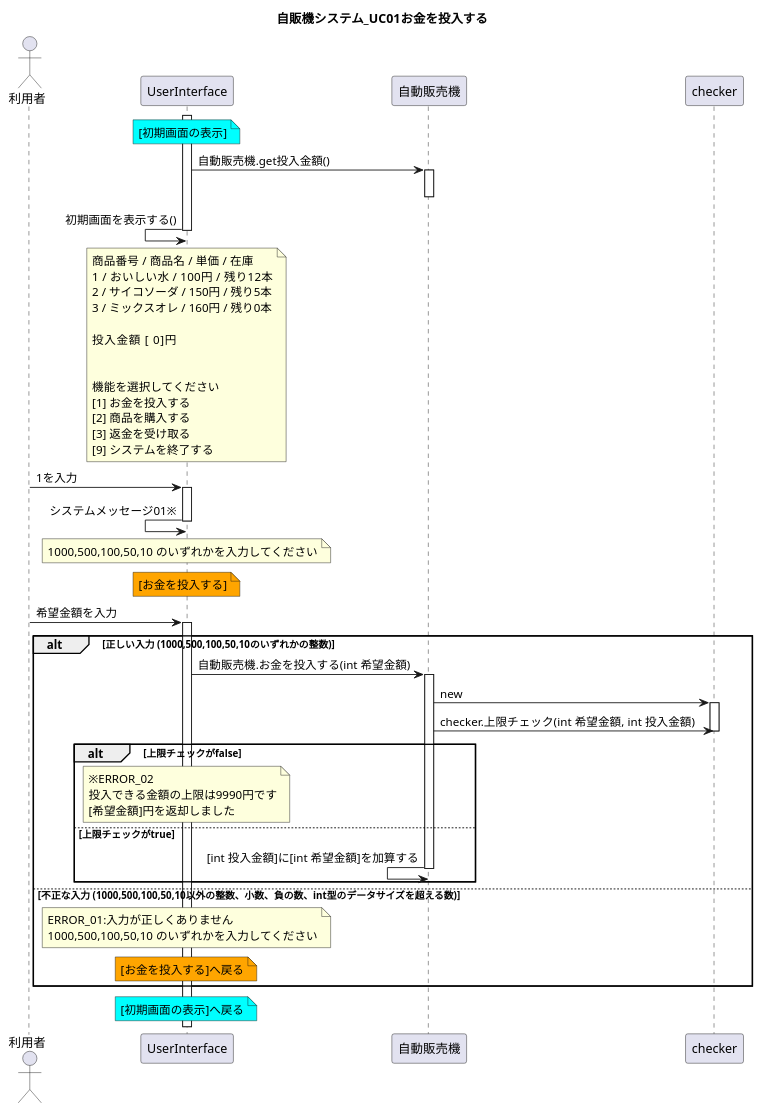
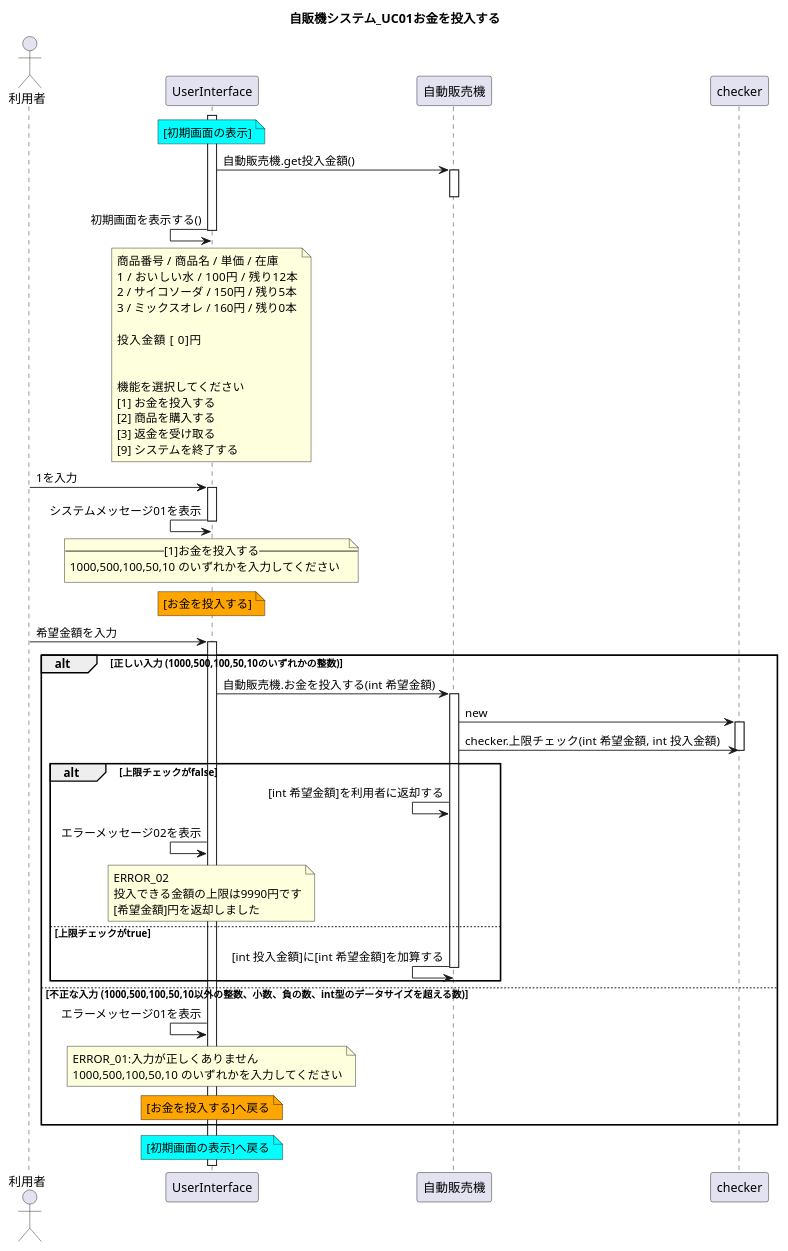
The diagram in UML_class_sequence/VendingMachine_sequence01.puml (W-Nakayama-24/VendingMachine_CUI), drawn with PlantUML before and after one commit. The commit also changed 1 other file, not shown here.

```diff
--- a/UML_class_sequence/VendingMachine_sequence01.puml
+++ b/UML_class_sequence/VendingMachine_sequence01.puml
@@ -1,92 +1,96 @@
 @startuml
 title 自販機システム_UC01お金を投入する
 
 actor 利用者
 
 activate UserInterface
 
 note over UserInterface #Cyan
 [初期画面の表示]
 end note
 UserInterface -> 自動販売機 : 自動販売機.get投入金額()
 activate 自動販売機
 deactivate 自動販売機
 UserInterface <- UserInterface : 初期画面を表示する()
     note over UserInterface
     商品番号 / 商品名 / 単価  / 在庫
     1 / おいしい水   / 100円 / 残り12本
     2 / サイコソーダ / 150円 / 残り5本
     3 / ミックスオレ / 160円 / 残り0本
 
     投入金額 [   0]円
 
 
     機能を選択してください
     [1] お金を投入する
     [2] 商品を購入する
     [3] 返金を受け取る
     [9] システムを終了する
     end note
 deactivate UserInterface
 
 
 利用者 -> UserInterface : 1を入力
 activate UserInterface
 
 
-UserInterface <- UserInterface : システムメッセージ01※
+UserInterface <- UserInterface : システムメッセージ01を表示
     note over UserInterface
+    --[1]お金を投入する--
     1000,500,100,50,10 のいずれかを入力してください
     end note
 deactivate UserInterface
 
 
 note over UserInterface #Orange
 [お金を投入する]
 end note
 利用者 -> UserInterface : 希望金額を入力
 '不正な入力はUIの段階で弾いておくべきではないか? 現実の自販機も異物は突っ込めない
 '自分で定めた条件や、sc.nextInt()の例外を拾う
 activate UserInterface
 
 alt 正しい入力 (1000,500,100,50,10のいずれかの整数)
 
 UserInterface -> 自動販売機 : 自動販売機.お金を投入する(int 希望金額)
 activate 自動販売機
 自動販売機 -> checker : new
 activate checker
 
 自動販売機 -> checker : checker.上限チェック(int 希望金額, int 投入金額)
 deactivate checker
 
 alt 上限チェックがfalse
+自動販売機 <- 自動販売機 : [int 希望金額]を利用者に返却する
+UserInterface <- UserInterface : エラーメッセージ02を表示
 
     note over UserInterface
-    ※ERROR_02
+    ERROR_02
     投入できる金額の上限は9990円です
     [希望金額]円を返却しました
     end note
 
 else 上限チェックがtrue
 自動販売機 <- 自動販売機 : [int 投入金額]に[int 希望金額]を加算する
 deactivate 自動販売機
 end
 
 
 
 else 不正な入力 (1000,500,100,50,10以外の整数、小数、負の数、int型のデータサイズを超える数)
+UserInterface <- UserInterface : エラーメッセージ01を表示
     note over UserInterface
     ERROR_01:入力が正しくありません
     1000,500,100,50,10 のいずれかを入力してください
     end note
 
     note over UserInterface #Orange
     [お金を投入する]へ戻る
     end note
 end
 
 note over UserInterface #Cyan
 [初期画面の表示]へ戻る
 end note
 
 @enduml
```
